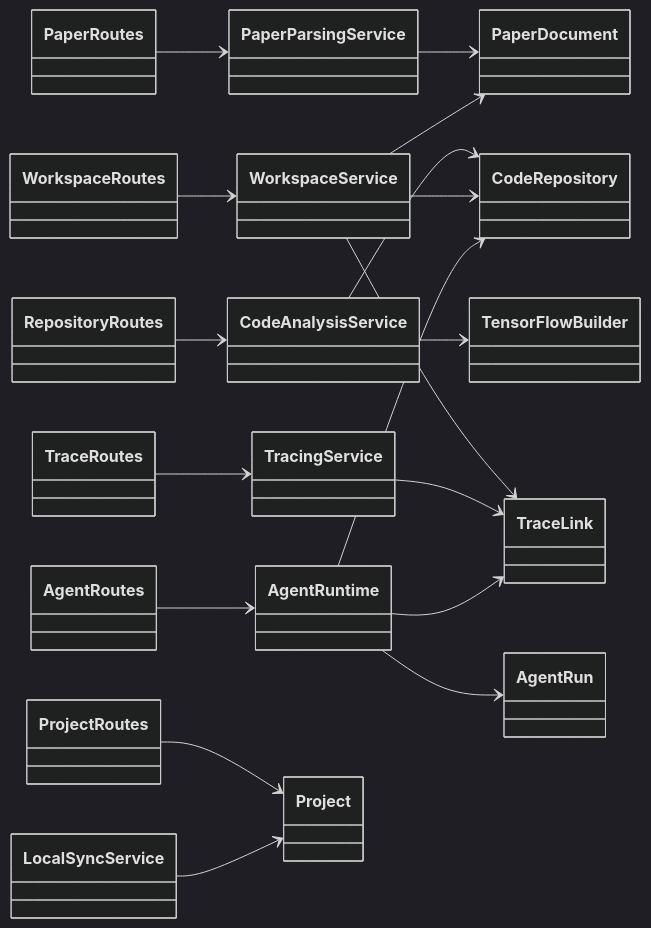
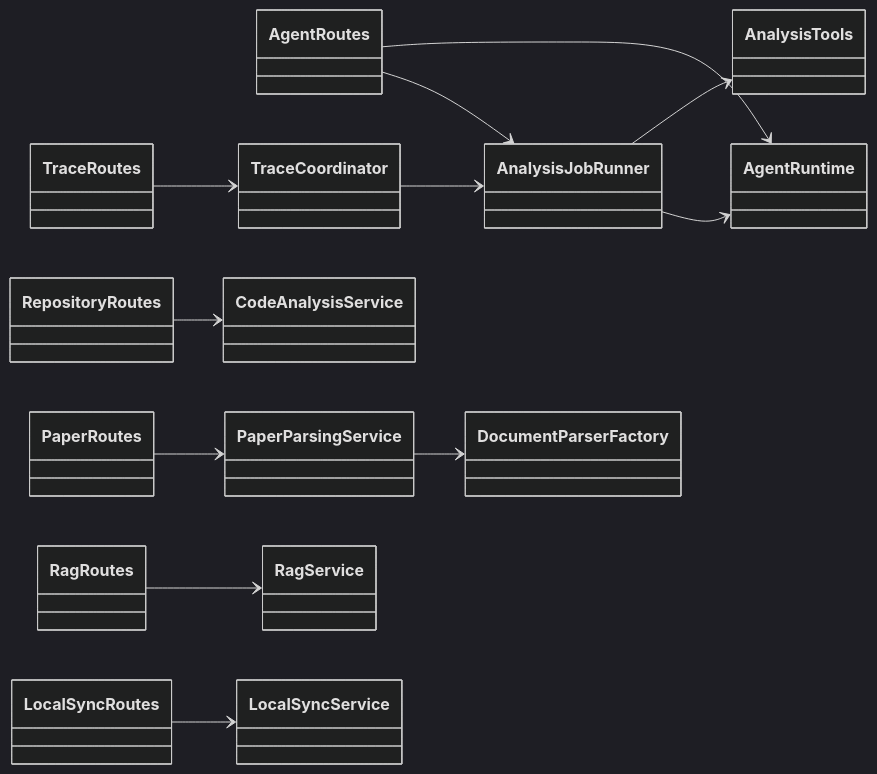
Before and after one commit to 1JI0O/SE26Project-15: the seventh of 12 diagrams in FinalRelease/UML.md, drawn with Mermaid (dark theme). The commit also changed other lines of this file and 1 other file, not shown here.

````diff
--- a/FinalRelease/UML.md
+++ b/FinalRelease/UML.md
@@ -262,43 +310,32 @@
 ```mermaid
 classDiagram
   direction LR
-  class ProjectRoutes
   class PaperRoutes
   class RepositoryRoutes
-  class WorkspaceRoutes
   class TraceRoutes
   class AgentRoutes
+  class RagRoutes
+  class LocalSyncRoutes
 
-  class WorkspaceService
   class PaperParsingService
   class CodeAnalysisService
-  class TracingService
+  class TraceCoordinator
+  class AnalysisJobRunner
+  class AnalysisTools
   class AgentRuntime
-  class TensorFlowBuilder
+  class RagService
   class LocalSyncService
+  class DocumentParserFactory
 
-  class Project
-  class PaperDocument
-  class CodeRepository
-  class TraceLink
-  class AgentRun
-
-  ProjectRoutes --> Project
   PaperRoutes --> PaperParsingService
+  PaperParsingService --> DocumentParserFactory
   RepositoryRoutes --> CodeAnalysisService
-  WorkspaceRoutes --> WorkspaceService
-  TraceRoutes --> TracingService
+  TraceRoutes --> TraceCoordinator
   AgentRoutes --> AgentRuntime
-
-  PaperParsingService --> PaperDocument
-  CodeAnalysisService --> CodeRepository
-  CodeAnalysisService --> TensorFlowBuilder
-  WorkspaceService --> PaperDocument
-  WorkspaceService --> CodeRepository
-  WorkspaceService --> TraceLink
-  TracingService --> TraceLink
-  AgentRuntime --> AgentRun
-  AgentRuntime --> TraceLink
-  AgentRuntime --> CodeRepository
-  LocalSyncService --> Project
+  AgentRoutes --> AnalysisJobRunner
+  AnalysisJobRunner --> AnalysisTools
+  AnalysisJobRunner --> AgentRuntime
+  RagRoutes --> RagService
+  LocalSyncRoutes --> LocalSyncService
+  TraceCoordinator --> AnalysisJobRunner
 ```
````
